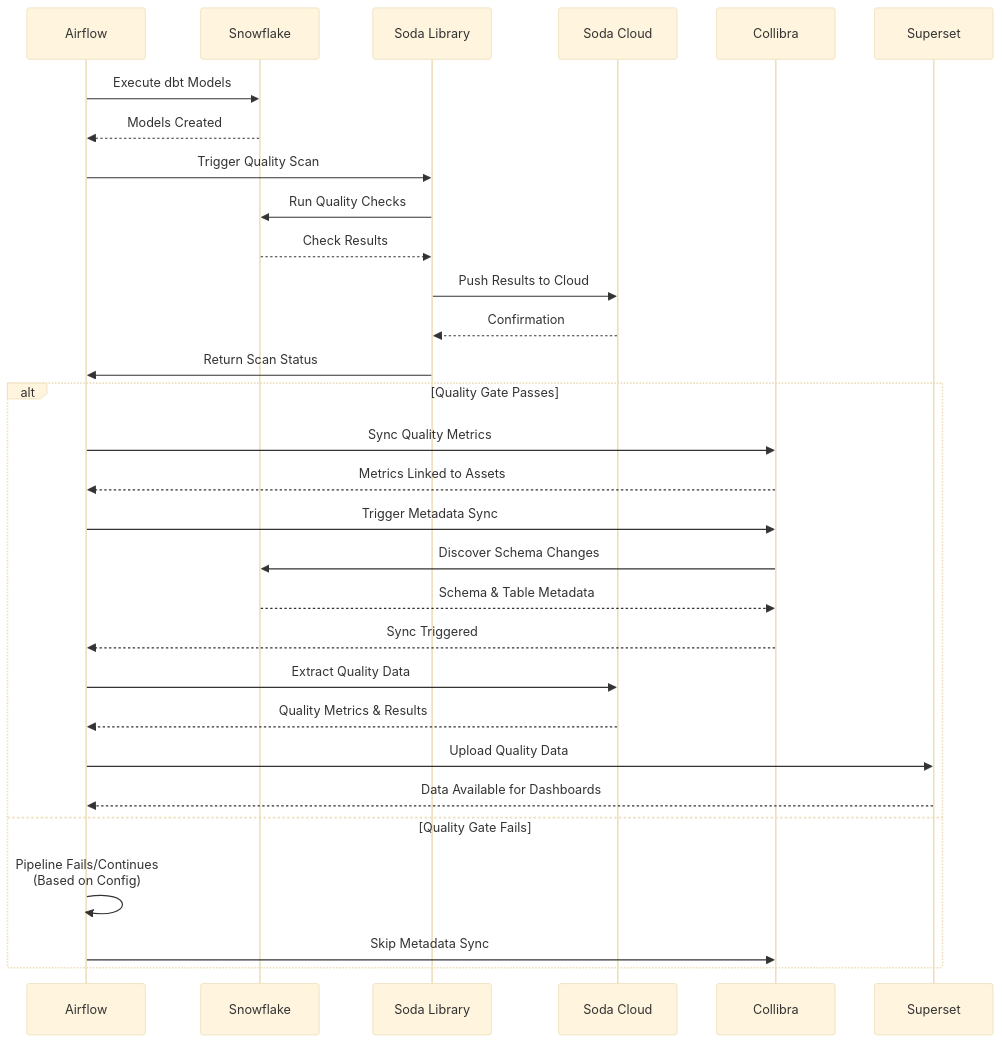
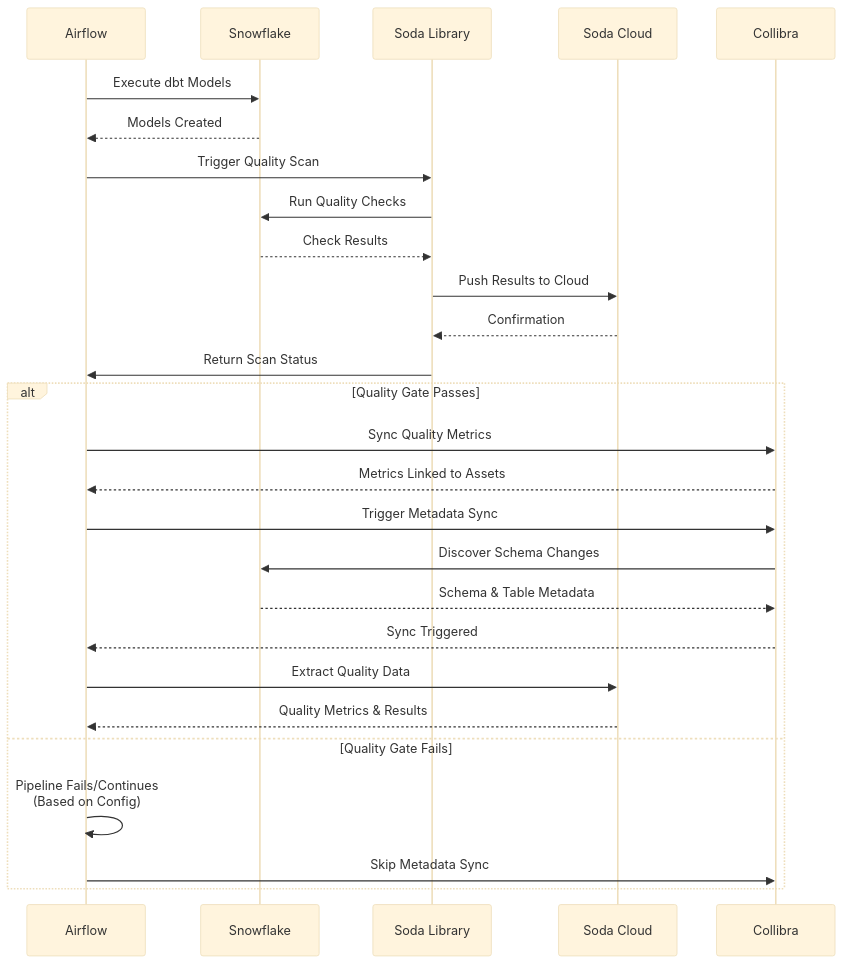
One commit to arnauudG/unified-data-governance changed the diagram in README.md. Above: the diagram before and after it, drawn with Mermaid (base theme). The commit also changed other lines of this file and 172 other files, not shown here.

````diff
--- a/README.md
+++ b/README.md
@@ -91,40 +83,36 @@
 ```mermaid
 sequenceDiagram
     participant AF as Airflow
     participant SF as Snowflake
     participant SODA as Soda Library
     participant SC as Soda Cloud
     participant COL as Collibra
-    participant SUP as Superset
     
     AF->>SF: Execute dbt Models
     SF-->>AF: Models Created
     
     AF->>SODA: Trigger Quality Scan
     SODA->>SF: Run Quality Checks
     SF-->>SODA: Check Results
     
     SODA->>SC: Push Results to Cloud
     SC-->>SODA: Confirmation
     
     SODA->>AF: Return Scan Status
     
     alt Quality Gate Passes
         AF->>COL: Sync Quality Metrics
         COL-->>AF: Metrics Linked to Assets
         
         AF->>COL: Trigger Metadata Sync
         COL->>SF: Discover Schema Changes
         SF-->>COL: Schema & Table Metadata
         COL-->>AF: Sync Triggered
         
         AF->>SC: Extract Quality Data
         SC-->>AF: Quality Metrics & Results
-        
-        AF->>SUP: Upload Quality Data
-        SUP-->>AF: Data Available for Dashboards
     else Quality Gate Fails
         AF->>AF: Pipeline Fails/Continues<br/>(Based on Config)
         AF->>COL: Skip Metadata Sync
     end
 ```
````
